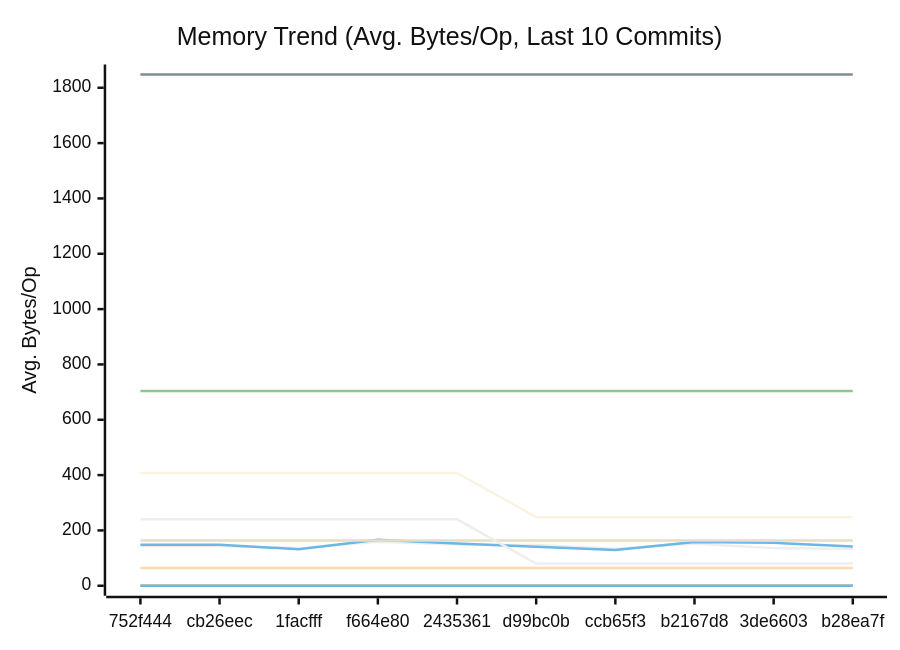
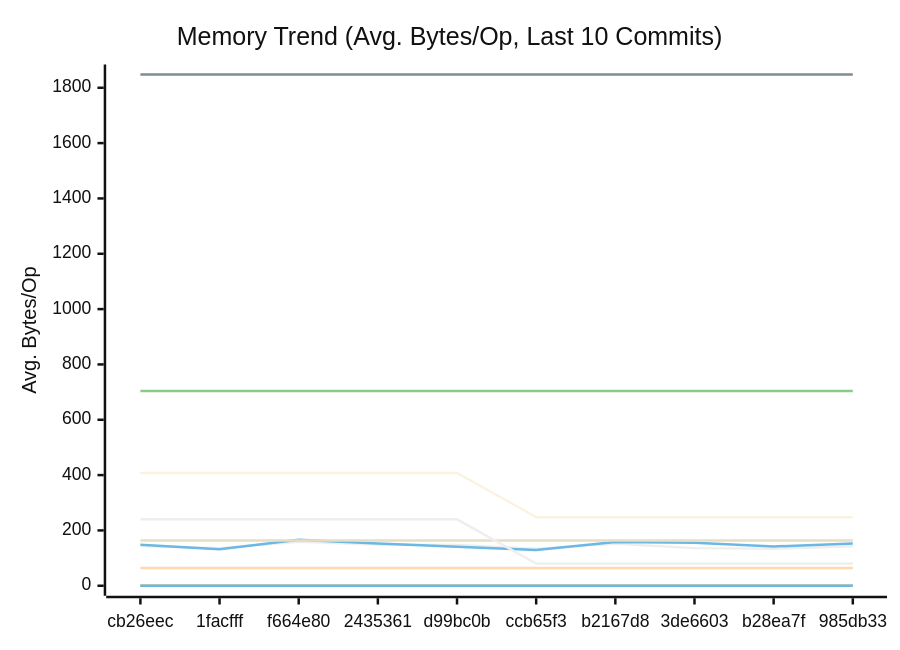
Before and after one commit to alsotoes/momo: the second of 3 diagrams in docs/PERFORMANCE.md, drawn with Mermaid (neutral theme). The commit also changed other lines of this file and 6 other files, not shown here.

````diff
--- a/docs/PERFORMANCE.md
+++ b/docs/PERFORMANCE.md
@@ -171,20 +171,20 @@
 ```mermaid
 xychart-beta
     title "Memory Trend (Avg. Bytes/Op, Last 10 Commits)"
     x-axis "Commit"
     y-axis "Avg. Bytes/Op"
-    x-axis [752f444,cb26eec,1facfff,f664e80,2435361,d99bc0b,ccb65f3,b2167d8,3de6603,b28ea7f]
-    line "AWSChunkedReaderSigned" [144,144,136,159,149,147,134,152,136,134]
-    line "AWSChunkedReaderUnsigned" [148,148,132,166,153,141,129,158,155,142]
+    x-axis [cb26eec,1facfff,f664e80,2435361,d99bc0b,ccb65f3,b2167d8,3de6603,b28ea7f,985db33]
+    line "AWSChunkedReaderSigned" [144,136,159,149,147,134,152,136,134,143]
+    line "AWSChunkedReaderUnsigned" [148,132,166,153,141,129,158,155,142,153]
     line "CheckMetricsAndSwap" [0,0,0,0,0,0,0,0,0,0]
     line "CrushOptimized" [0,0,0,0,0,0,0,0,0,0]
     line "CrushOriginal" [164,164,164,164,164,164,164,164,164,164]
     line "IndexDirectTracking" [0,0,0,0,0,0,0,0,0,0]
     line "IndexSearch" [0,0,0,0,0,0,0,0,0,0]
     line "LoadGlobalConfig" [1848,1848,1848,1848,1848,1848,1848,1848,1848,1848]
     line "PadString" [64,64,64,64,64,64,64,64,64,64]
     line "ParseReplicationOrder_NoPrealloc" [408,408,408,408,408,248,248,248,248,248]
     line "ParseReplicationOrder_Prealloc" [240,240,240,240,240,80,80,80,80,80]
     line "SanitizeLog/Safe" [0,0,0,0,0,0,0,0,0,0]
     line "SanitizeLog/Unsafe" [704,704,704,704,704,704,704,704,704,704]
 ```
````
